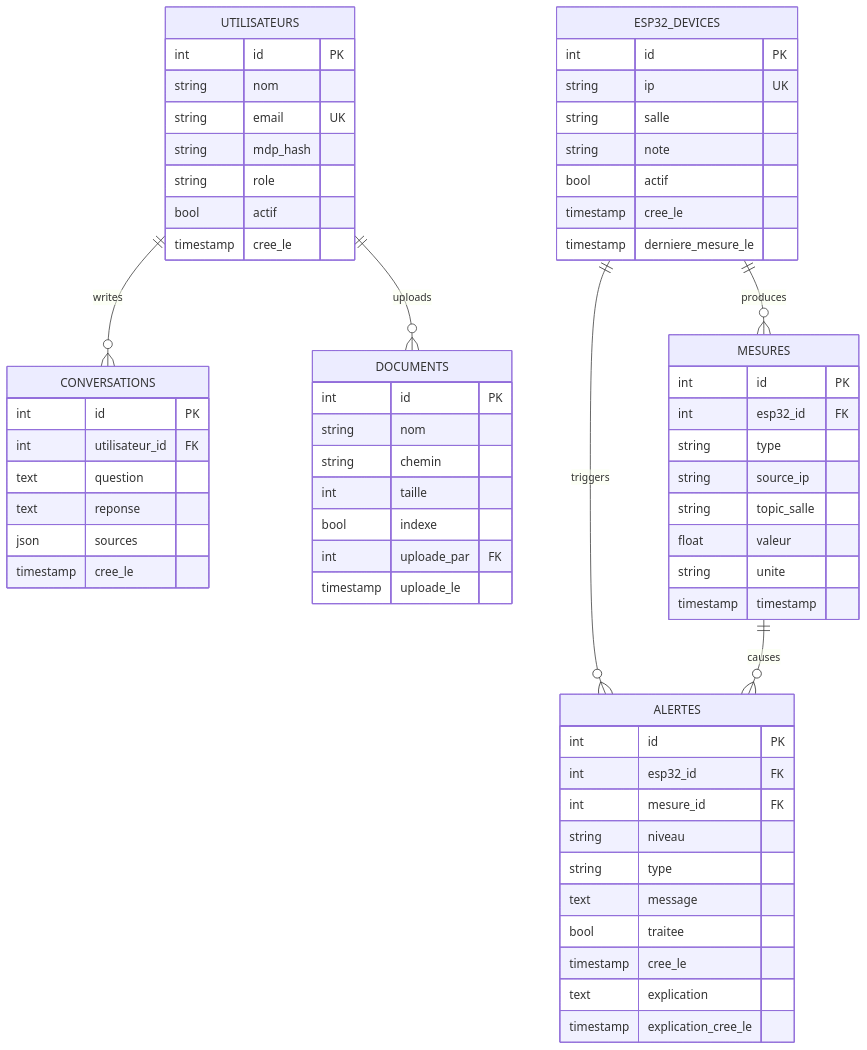
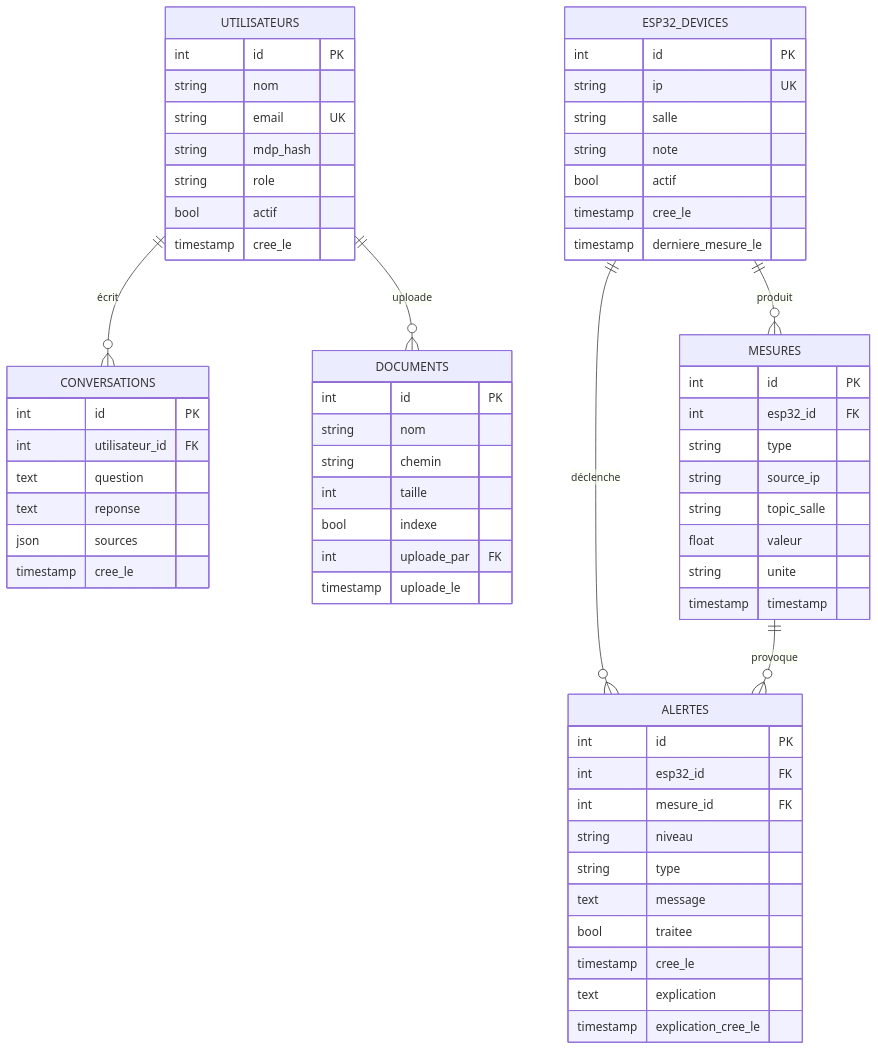
The diagram in docs/database.md (t4lhawi/MedAssist-AI), drawn with Mermaid before and after one commit. The commit also changed other lines of this file and 9 other files, not shown here.

````diff
--- a/docs/database.md
+++ b/docs/database.md
@@ -11,71 +11,71 @@
 ```mermaid
 erDiagram
-  UTILISATEURS ||--o{ CONVERSATIONS : "writes"
-  UTILISATEURS ||--o{ DOCUMENTS     : "uploads"
-  ESP32_DEVICES ||--o{ MESURES      : "produces"
-  ESP32_DEVICES ||--o{ ALERTES      : "triggers"
-  MESURES      ||--o{ ALERTES      : "causes"
+  UTILISATEURS ||--o{ CONVERSATIONS : "écrit"
+  UTILISATEURS ||--o{ DOCUMENTS     : "uploade"
+  ESP32_DEVICES ||--o{ MESURES      : "produit"
+  ESP32_DEVICES ||--o{ ALERTES      : "déclenche"
+  MESURES      ||--o{ ALERTES      : "provoque"
 
   UTILISATEURS {
     int    id PK
     string nom
     string email UK
     string mdp_hash
     string role
     bool   actif
     timestamp cree_le
   }
 
   ESP32_DEVICES {
     int      id PK
     string   ip UK
     string   salle
     string   note
     bool     actif
     timestamp cree_le
     timestamp derniere_mesure_le
   }
 
   MESURES {
     int       id PK
     int       esp32_id FK
     string    type
     string    source_ip
     string    topic_salle
     float     valeur
     string    unite
     timestamp timestamp
   }
 
   ALERTES {
     int       id PK
     int       esp32_id FK
     int       mesure_id FK
     string    niveau
     string    type
     text      message
     bool      traitee
     timestamp cree_le
     text      explication
     timestamp explication_cree_le
   }
 
   DOCUMENTS {
     int       id PK
     string    nom
     string    chemin
     int       taille
     bool      indexe
     int       uploade_par FK
     timestamp uploade_le
   }
 
   CONVERSATIONS {
     int       id PK
     int       utilisateur_id FK
     text      question
     text      reponse
     json      sources
     timestamp cree_le
   }
 ```
````
